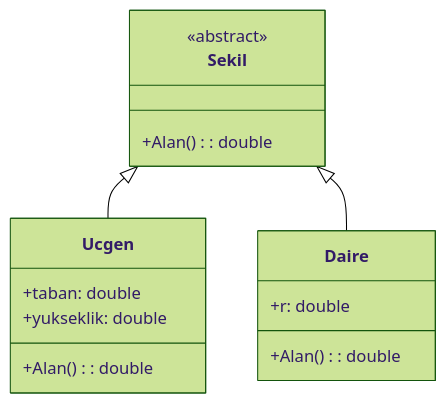
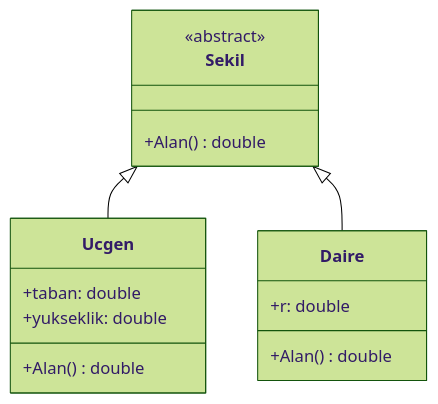
The second of 3 diagrams in Hafta03/README.md (ibrahimayaz/Nesne-Yonelimli-Programlama-2025), drawn with Mermaid (forest theme) before and after one commit. The commit also changed other lines of this file, not shown here.

````diff
--- a/Hafta03/README.md
+++ b/Hafta03/README.md
@@ -41,18 +41,18 @@
 ```mermaid
 classDiagram
     class Sekil {
       <<abstract>>
-      +Alan(): double
+      +Alan() double
     }
     class Ucgen {
       +taban: double
       +yukseklik: double
-      +Alan(): double
+      +Alan() double
     }
     class Daire {
       +r: double
-      +Alan(): double
+      +Alan() double
     }
     Sekil <|-- Ucgen
     Sekil <|-- Daire
 ```
````
